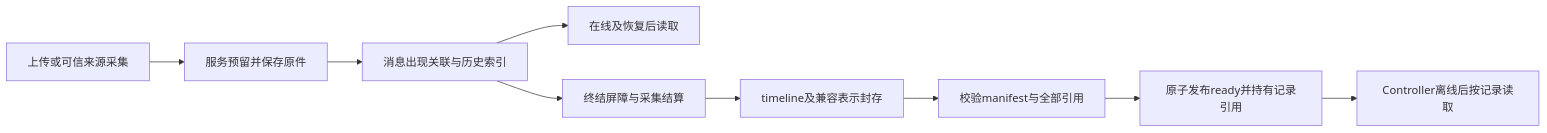
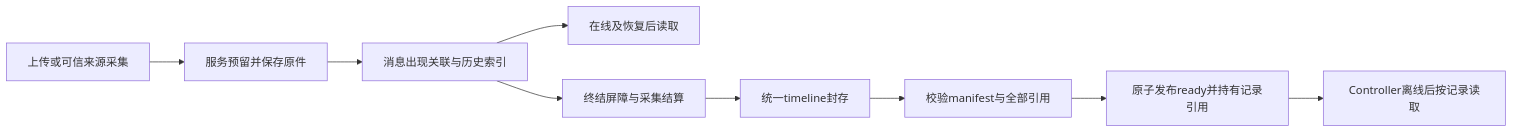
One commit to codetreker/daynight changed the diagram in docs/design/session-image-archives.md. Above: the diagram before and after it, drawn with Mermaid. The commit also changed other lines of this file and 226 other files, not shown here.

````diff
--- a/docs/design/session-image-archives.md
+++ b/docs/design/session-image-archives.md
@@ -15,11 +15,11 @@
 ```mermaid
 flowchart LR
   A[上传或可信来源采集] --> B[服务预留并保存原件]
   B --> C[消息出现关联与历史索引]
   C --> D[在线及恢复后读取]
   C --> E[终结屏障与采集结算]
-  E --> F[timeline及兼容表示封存]
+  E --> F[统一timeline封存]
   F --> G[校验manifest与全部引用]
   G --> H[原子发布ready并持有记录引用]
   H --> I[Controller离线后按记录读取]
 ```
````
